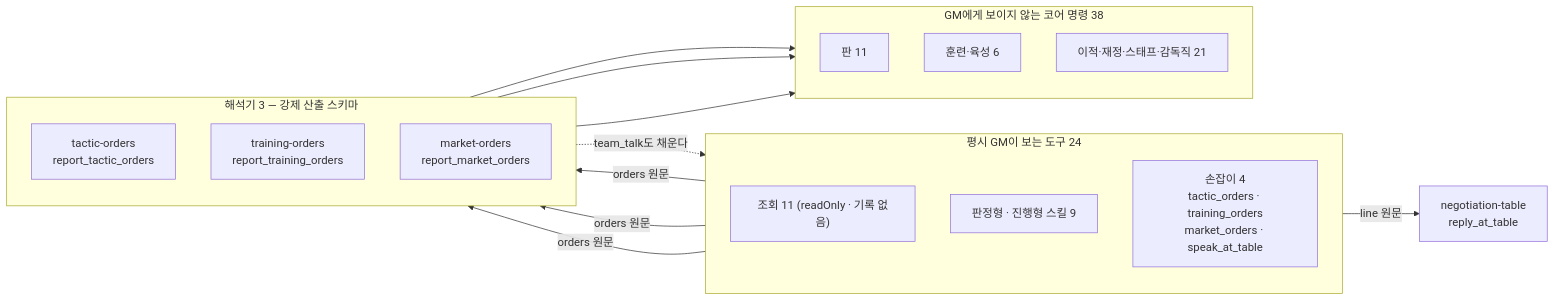
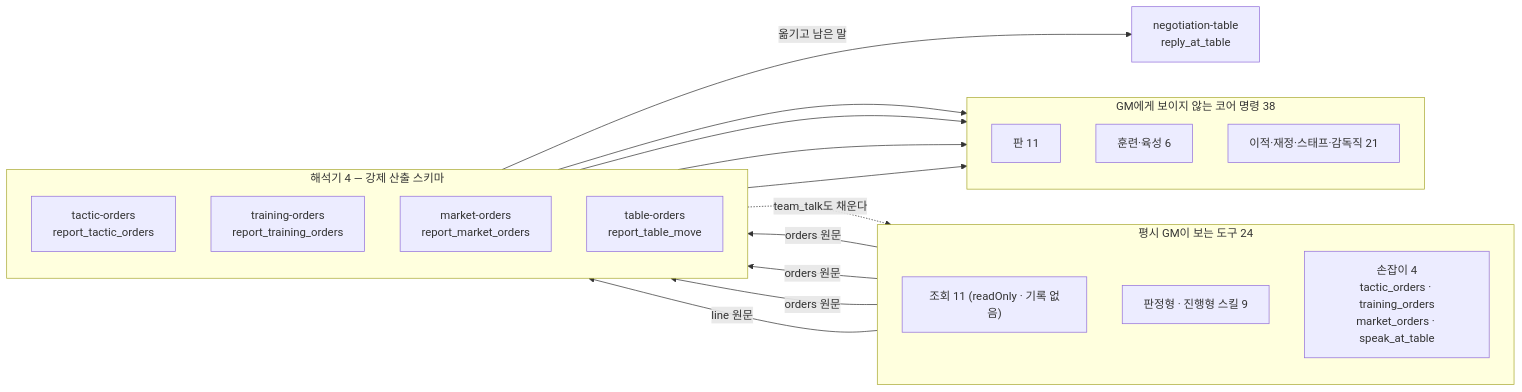
Before and after one commit to dhoonjang/story-fm: the sixth of 10 diagrams in docs/llm/pipeline.md, drawn with Mermaid. The commit also changed other lines of this file and 63 other files, not shown here.

````diff
--- a/docs/llm/pipeline.md
+++ b/docs/llm/pipeline.md
@@ -217,27 +217,29 @@
 ```mermaid
 flowchart LR
   subgraph GMTOOLS["평시 GM이 보는 도구 24"]
     direction TB
     RO["조회 11 (readOnly · 기록 없음)"]
     SK["판정형 · 진행형 스킬 9"]
     HD["손잡이 4<br/>tactic_orders · training_orders<br/>market_orders · speak_at_table"]
   end
-  subgraph INTERP["해석기 3 — 강제 산출 스키마"]
+  subgraph INTERP["해석기 4 — 강제 산출 스키마"]
     direction TB
     TO["tactic-orders<br/>report_tactic_orders"]
     TRO["training-orders<br/>report_training_orders"]
     MO["market-orders<br/>report_market_orders"]
+    TBO["table-orders<br/>report_table_move"]
   end
   subgraph CMD["GM에게 보이지 않는 코어 명령 38"]
     direction TB
     C1["판 11"]
     C2["훈련·육성 6"]
     C3["이적·재정·스태프·감독직 21"]
   end
   NT["negotiation-table<br/>reply_at_table"]
   HD -->|"orders 원문"| TO --> C1
   HD -->|"orders 원문"| TRO --> C2
   HD -->|"orders 원문"| MO --> C3
-  HD -->|"line 원문"| NT
+  HD -->|"line 원문"| TBO --> C3
+  TBO -->|"옮기고 남은 말"| NT
   TO -.->|"team_talk도 채운다"| SK
 ```
````
